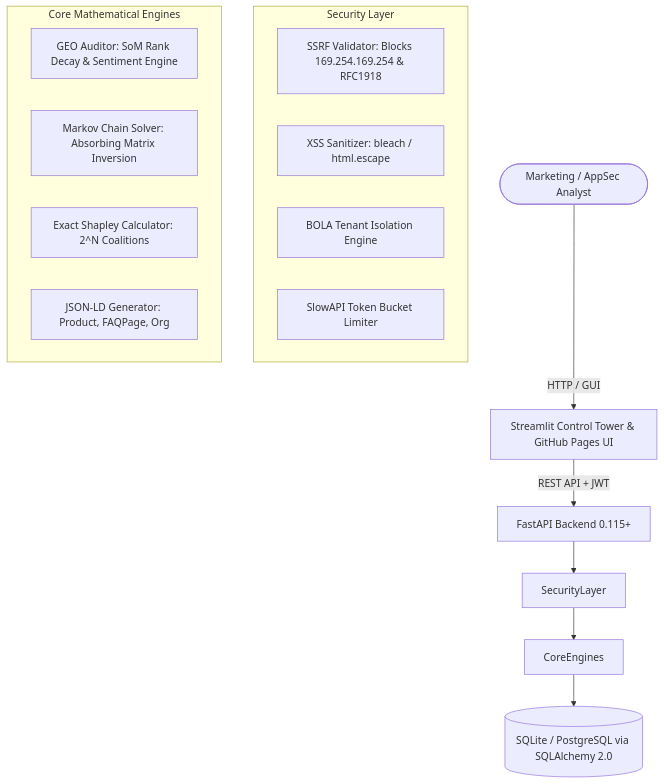
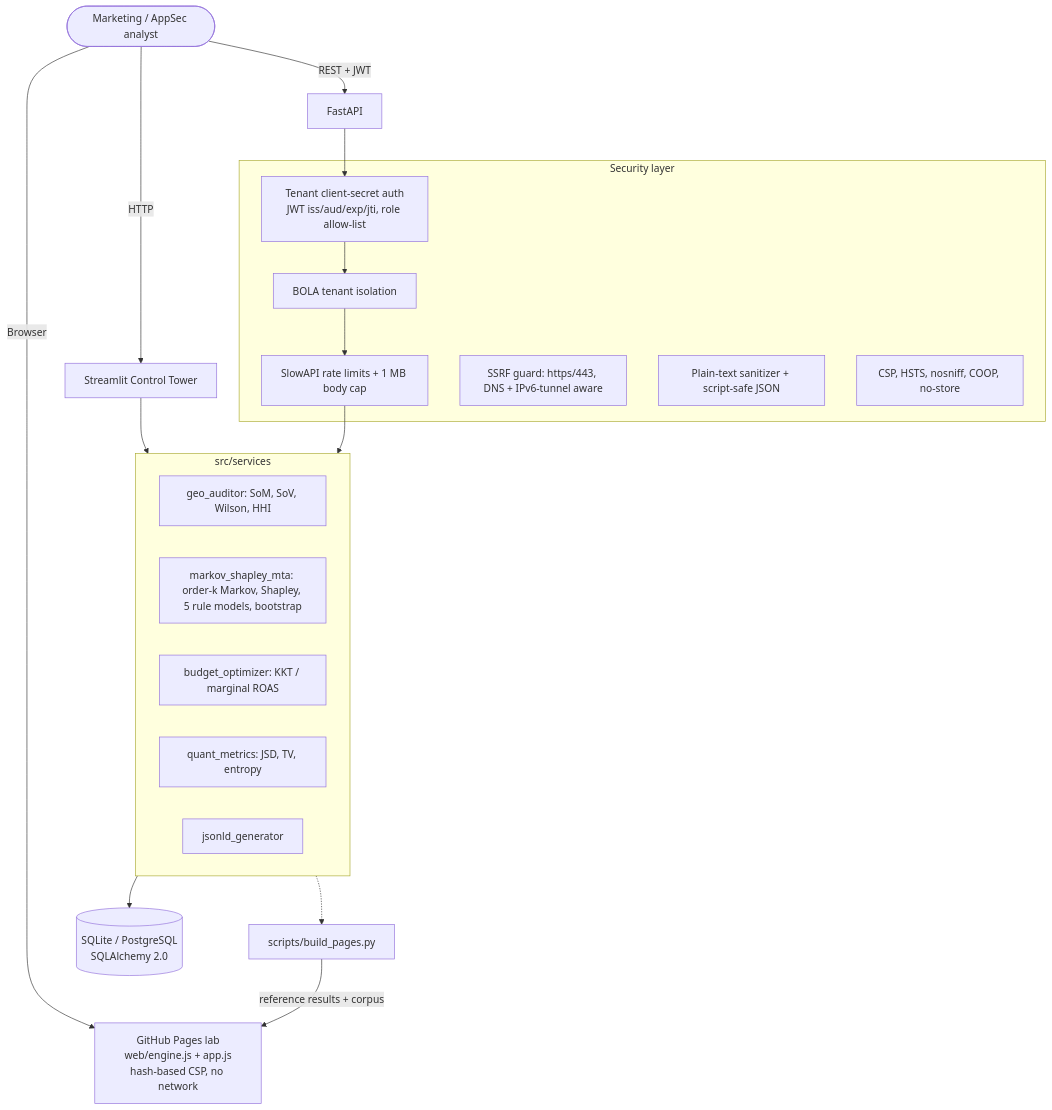
The diagram in README.md (samuelhtampubolon/geo-multitouch-attribution-sandbox), drawn with Mermaid before and after one commit. The commit also changed other lines of this file and 46 other files, not shown here.

````diff
--- a/README.md
+++ b/README.md
@@ -54,24 +90,29 @@
 ```mermaid
 graph TD
-    User([Marketing / AppSec Analyst]) -->|HTTP / GUI| WebApp[Streamlit Control Tower & GitHub Pages UI]
-    WebApp -->|REST API + JWT| FastAPI[FastAPI Backend 0.115+]
-    
-    subgraph Security Layer
-        SSRF[SSRF Validator: Blocks 169.254.169.254 & RFC1918]
-        XSS[XSS Sanitizer: bleach / html.escape]
-        BOLA[BOLA Tenant Isolation Engine]
-        RateLimit[SlowAPI Token Bucket Limiter]
+    User([Marketing / AppSec analyst]) -->|Browser| Pages[GitHub Pages lab<br/>web/engine.js + app.js<br/>hash-based CSP, no network]
+    User -->|HTTP| Streamlit[Streamlit Control Tower]
+    User -->|REST + JWT| API[FastAPI]
+
+    subgraph Security layer
+        Auth[Tenant client-secret auth<br/>JWT iss/aud/exp/jti, role allow-list]
+        BOLA[BOLA tenant isolation]
+        Limits[SlowAPI rate limits + 1 MB body cap]
+        SSRF[SSRF guard: https/443, DNS + IPv6-tunnel aware]
+        XSS[Plain-text sanitizer + script-safe JSON]
+        Headers[CSP, HSTS, nosniff, COOP, no-store]
     end
-    
-    FastAPI --> SecurityLayer
-    
-    subgraph Core Mathematical Engines
-        GEO[GEO Auditor: SoM Rank Decay & Sentiment Engine]
-        Markov[Markov Chain Solver: Absorbing Matrix Inversion]
-        Shapley[Exact Shapley Calculator: 2^N Coalitions]
-        SchemaGen[JSON-LD Generator: Product, FAQPage, Org]
+    API --> Auth --> BOLA --> Limits
+
+    subgraph Engines [src/services]
+        GEO[geo_auditor: SoM, SoV, Wilson, HHI]
+        MTA[markov_shapley_mta: order-k Markov, Shapley, 5 rule models, bootstrap]
+        OPT[budget_optimizer: KKT / marginal ROAS]
+        QM[quant_metrics: JSD, TV, entropy]
+        LD[jsonld_generator]
     end
-    
-    SecurityLayer --> CoreEngines
-    CoreEngines --> DB[(SQLite / PostgreSQL via SQLAlchemy 2.0)]
+    Limits --> Engines
+    Streamlit --> Engines
+    Engines --> DB[(SQLite / PostgreSQL<br/>SQLAlchemy 2.0)]
+    Build[scripts/build_pages.py] -->|reference results + corpus| Pages
+    Engines -.-> Build
 ```
````
